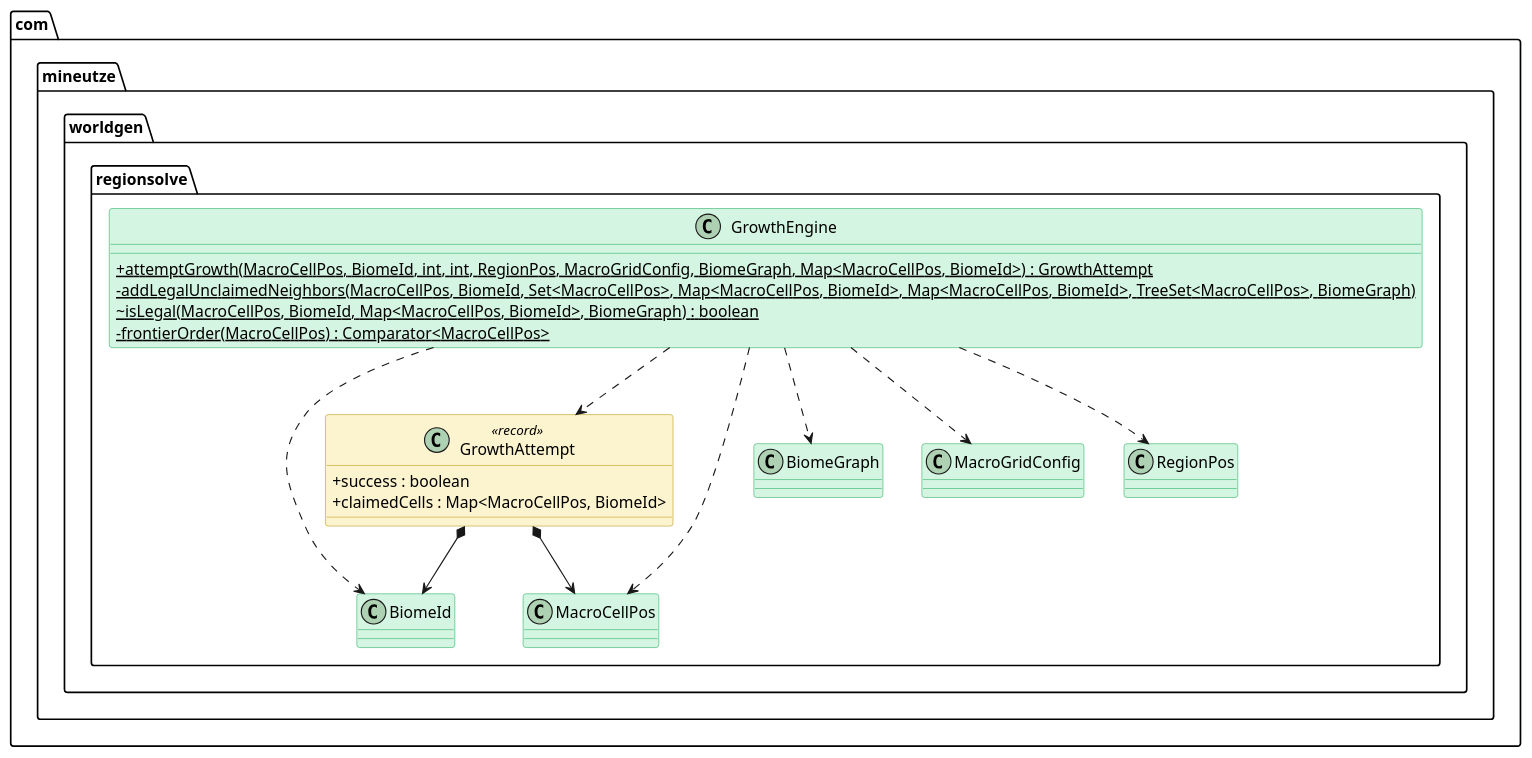
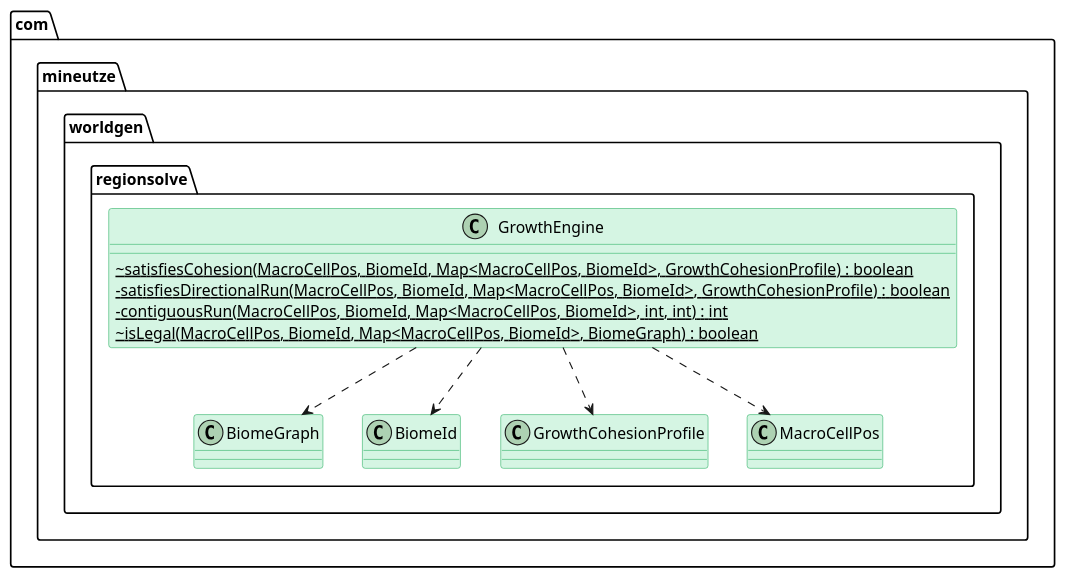
One commit to Boulede987/Mine-Utz changed the diagram in companion-mods/mineutze-worldgen/doc/Modelisation/ClassDiagram-Full/com/mineutze/worldgen/regionsolve/GrowthEngine.puml. Above: the diagram before and after it, drawn with PlantUML. The commit also changed 265 other files, not shown here.

```diff
--- a/companion-mods/mineutze-worldgen/doc/Modelisation/ClassDiagram-Full/com/mineutze/worldgen/regionsolve/GrowthEngine.puml
+++ b/companion-mods/mineutze-worldgen/doc/Modelisation/ClassDiagram-Full/com/mineutze/worldgen/regionsolve/GrowthEngine.puml
@@ -1,53 +1,45 @@
 @startuml GrowthEngine
 
 skinparam classAttributeIconSize 0
 skinparam shadowing false
 
 skinparam class {
   BackgroundColor<<interface>> #D6EAF8
   BorderColor<<interface>> #2E86C1
 }
 skinparam class {
   BackgroundColor<<abstract>> #E8DAEF
   BorderColor<<abstract>> #8E44AD
 }
 skinparam class {
   BackgroundColor #D5F5E3
   BorderColor #27AE60
 }
 skinparam class {
   BackgroundColor<<record>> #FCF3CF
   BorderColor<<record>> #B7950B
 }
 skinparam class {
   BackgroundColor<<static>> #a7faa0
   BorderColor<<static>> #38d610
 }
 skinparam class {
   BackgroundColor<<enum>> #F5B7B1
   BorderColor<<enum>> #C0392B
 }
 
 namespace com.mineutze.worldgen.regionsolve {
 class GrowthEngine {
-  + {static} attemptGrowth(MacroCellPos, BiomeId, int, int, RegionPos, MacroGridConfig, BiomeGraph, Map<MacroCellPos, BiomeId>) : GrowthAttempt
-  - {static} addLegalUnclaimedNeighbors(MacroCellPos, BiomeId, Set<MacroCellPos>, Map<MacroCellPos, BiomeId>, Map<MacroCellPos, BiomeId>, TreeSet<MacroCellPos>, BiomeGraph)
+  ~ {static} satisfiesCohesion(MacroCellPos, BiomeId, Map<MacroCellPos, BiomeId>, GrowthCohesionProfile) : boolean
+  - {static} satisfiesDirectionalRun(MacroCellPos, BiomeId, Map<MacroCellPos, BiomeId>, GrowthCohesionProfile) : boolean
+  - {static} contiguousRun(MacroCellPos, BiomeId, Map<MacroCellPos, BiomeId>, int, int) : int
   ~ {static} isLegal(MacroCellPos, BiomeId, Map<MacroCellPos, BiomeId>, BiomeGraph) : boolean
-  - {static} frontierOrder(MacroCellPos) : Comparator<MacroCellPos>
-}
-class GrowthAttempt <<record>> {
-  + success : boolean
-  + claimedCells : Map<MacroCellPos, BiomeId>
 }
 
-GrowthAttempt *--> BiomeId
-GrowthAttempt *--> MacroCellPos
 GrowthEngine ..> BiomeGraph
 GrowthEngine ..> BiomeId
-GrowthEngine ..> GrowthAttempt
+GrowthEngine ..> GrowthCohesionProfile
 GrowthEngine ..> MacroCellPos
-GrowthEngine ..> MacroGridConfig
-GrowthEngine ..> RegionPos
 }
 
 @enduml
```
